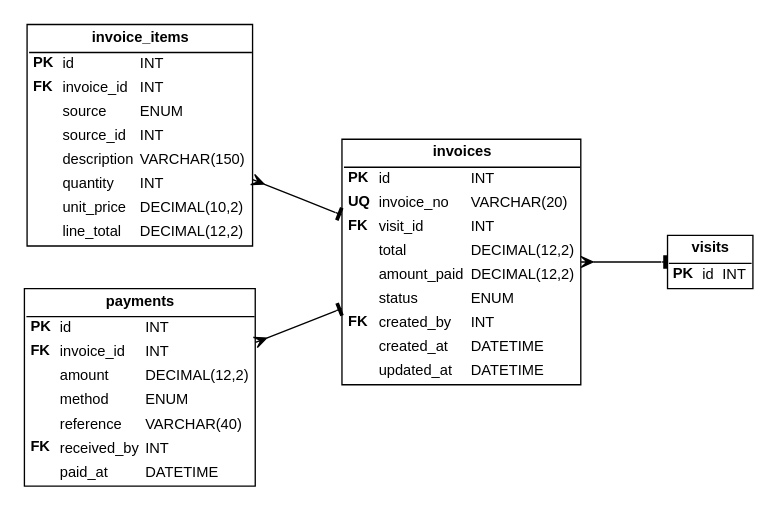
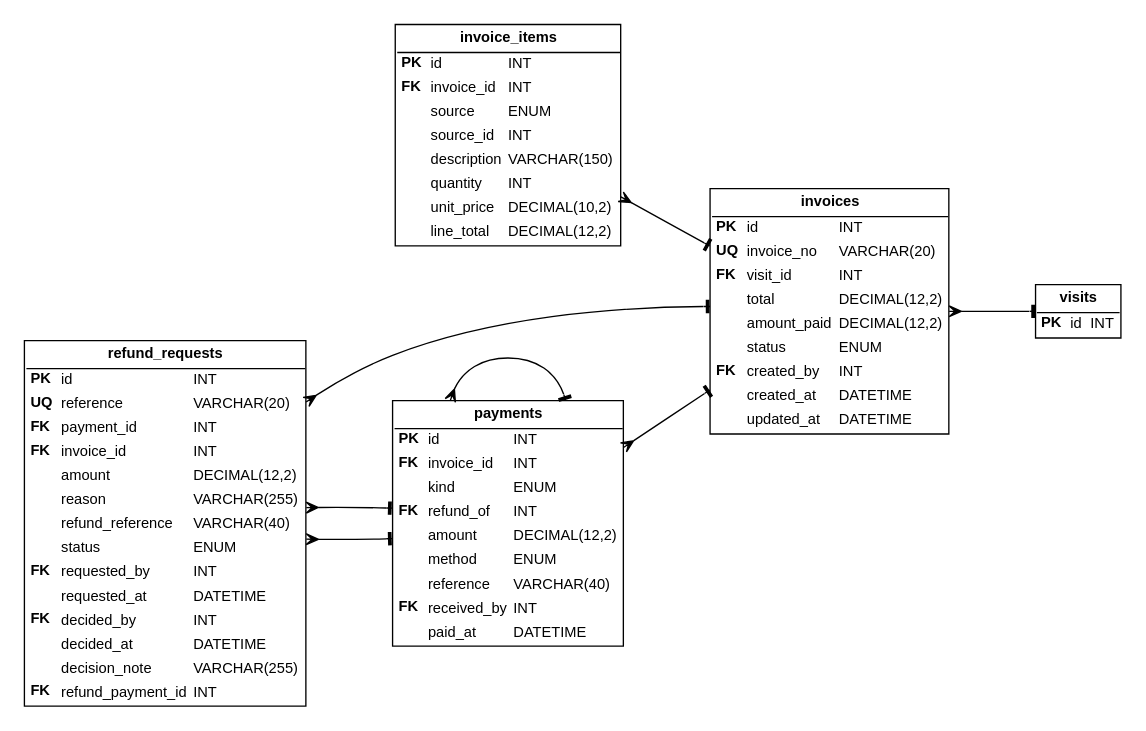
Before and after one commit to WAIYAH/ub-hms: the diagram in docs/build/diagrams_src/erd_m5.dot, drawn with Graphviz. The commit also changed 165 other files, not shown here.

```diff
--- a/docs/build/diagrams_src/erd_m5.dot
+++ b/docs/build/diagrams_src/erd_m5.dot
@@ -1,13 +1,18 @@
 digraph erd_m5 {
   graph [fontname="Arial", fontsize=12, bgcolor="white", pad="0.15"];
   node  [fontname="Arial", fontsize=11, color="black", fontcolor="black"];
   edge  [fontname="Arial", fontsize=10, color="black", fontcolor="black", arrowsize=0.9];
   rankdir=LR; nodesep=0.45; ranksep=0.9;
   invoices [shape=none, margin=0, label=<<TABLE BORDER="1" CELLBORDER="0" CELLSPACING="0" CELLPADDING="3"><TR><TD COLSPAN="3" SIDES="B" BORDER="1" ALIGN="CENTER"><B>invoices</B></TD></TR><TR><TD ALIGN="LEFT"><B>PK</B></TD><TD ALIGN="LEFT">id</TD><TD ALIGN="LEFT">INT</TD></TR><TR><TD ALIGN="LEFT"><B>UQ</B></TD><TD ALIGN="LEFT">invoice_no</TD><TD ALIGN="LEFT">VARCHAR(20)</TD></TR><TR><TD ALIGN="LEFT"><B>FK</B></TD><TD ALIGN="LEFT">visit_id</TD><TD ALIGN="LEFT">INT</TD></TR><TR><TD ALIGN="LEFT">&nbsp;</TD><TD ALIGN="LEFT">total</TD><TD ALIGN="LEFT">DECIMAL(12,2)</TD></TR><TR><TD ALIGN="LEFT">&nbsp;</TD><TD ALIGN="LEFT">amount_paid</TD><TD ALIGN="LEFT">DECIMAL(12,2)</TD></TR><TR><TD ALIGN="LEFT">&nbsp;</TD><TD ALIGN="LEFT">status</TD><TD ALIGN="LEFT">ENUM</TD></TR><TR><TD ALIGN="LEFT"><B>FK</B></TD><TD ALIGN="LEFT">created_by</TD><TD ALIGN="LEFT">INT</TD></TR><TR><TD ALIGN="LEFT">&nbsp;</TD><TD ALIGN="LEFT">created_at</TD><TD ALIGN="LEFT">DATETIME</TD></TR><TR><TD ALIGN="LEFT">&nbsp;</TD><TD ALIGN="LEFT">updated_at</TD><TD ALIGN="LEFT">DATETIME</TD></TR></TABLE>>];
   invoice_items [shape=none, margin=0, label=<<TABLE BORDER="1" CELLBORDER="0" CELLSPACING="0" CELLPADDING="3"><TR><TD COLSPAN="3" SIDES="B" BORDER="1" ALIGN="CENTER"><B>invoice_items</B></TD></TR><TR><TD ALIGN="LEFT"><B>PK</B></TD><TD ALIGN="LEFT">id</TD><TD ALIGN="LEFT">INT</TD></TR><TR><TD ALIGN="LEFT"><B>FK</B></TD><TD ALIGN="LEFT">invoice_id</TD><TD ALIGN="LEFT">INT</TD></TR><TR><TD ALIGN="LEFT">&nbsp;</TD><TD ALIGN="LEFT">source</TD><TD ALIGN="LEFT">ENUM</TD></TR><TR><TD ALIGN="LEFT">&nbsp;</TD><TD ALIGN="LEFT">source_id</TD><TD ALIGN="LEFT">INT</TD></TR><TR><TD ALIGN="LEFT">&nbsp;</TD><TD ALIGN="LEFT">description</TD><TD ALIGN="LEFT">VARCHAR(150)</TD></TR><TR><TD ALIGN="LEFT">&nbsp;</TD><TD ALIGN="LEFT">quantity</TD><TD ALIGN="LEFT">INT</TD></TR><TR><TD ALIGN="LEFT">&nbsp;</TD><TD ALIGN="LEFT">unit_price</TD><TD ALIGN="LEFT">DECIMAL(10,2)</TD></TR><TR><TD ALIGN="LEFT">&nbsp;</TD><TD ALIGN="LEFT">line_total</TD><TD ALIGN="LEFT">DECIMAL(12,2)</TD></TR></TABLE>>];
-  payments [shape=none, margin=0, label=<<TABLE BORDER="1" CELLBORDER="0" CELLSPACING="0" CELLPADDING="3"><TR><TD COLSPAN="3" SIDES="B" BORDER="1" ALIGN="CENTER"><B>payments</B></TD></TR><TR><TD ALIGN="LEFT"><B>PK</B></TD><TD ALIGN="LEFT">id</TD><TD ALIGN="LEFT">INT</TD></TR><TR><TD ALIGN="LEFT"><B>FK</B></TD><TD ALIGN="LEFT">invoice_id</TD><TD ALIGN="LEFT">INT</TD></TR><TR><TD ALIGN="LEFT">&nbsp;</TD><TD ALIGN="LEFT">amount</TD><TD ALIGN="LEFT">DECIMAL(12,2)</TD></TR><TR><TD ALIGN="LEFT">&nbsp;</TD><TD ALIGN="LEFT">method</TD><TD ALIGN="LEFT">ENUM</TD></TR><TR><TD ALIGN="LEFT">&nbsp;</TD><TD ALIGN="LEFT">reference</TD><TD ALIGN="LEFT">VARCHAR(40)</TD></TR><TR><TD ALIGN="LEFT"><B>FK</B></TD><TD ALIGN="LEFT">received_by</TD><TD ALIGN="LEFT">INT</TD></TR><TR><TD ALIGN="LEFT">&nbsp;</TD><TD ALIGN="LEFT">paid_at</TD><TD ALIGN="LEFT">DATETIME</TD></TR></TABLE>>];
+  payments [shape=none, margin=0, label=<<TABLE BORDER="1" CELLBORDER="0" CELLSPACING="0" CELLPADDING="3"><TR><TD COLSPAN="3" SIDES="B" BORDER="1" ALIGN="CENTER"><B>payments</B></TD></TR><TR><TD ALIGN="LEFT"><B>PK</B></TD><TD ALIGN="LEFT">id</TD><TD ALIGN="LEFT">INT</TD></TR><TR><TD ALIGN="LEFT"><B>FK</B></TD><TD ALIGN="LEFT">invoice_id</TD><TD ALIGN="LEFT">INT</TD></TR><TR><TD ALIGN="LEFT">&nbsp;</TD><TD ALIGN="LEFT">kind</TD><TD ALIGN="LEFT">ENUM</TD></TR><TR><TD ALIGN="LEFT"><B>FK</B></TD><TD ALIGN="LEFT">refund_of</TD><TD ALIGN="LEFT">INT</TD></TR><TR><TD ALIGN="LEFT">&nbsp;</TD><TD ALIGN="LEFT">amount</TD><TD ALIGN="LEFT">DECIMAL(12,2)</TD></TR><TR><TD ALIGN="LEFT">&nbsp;</TD><TD ALIGN="LEFT">method</TD><TD ALIGN="LEFT">ENUM</TD></TR><TR><TD ALIGN="LEFT">&nbsp;</TD><TD ALIGN="LEFT">reference</TD><TD ALIGN="LEFT">VARCHAR(40)</TD></TR><TR><TD ALIGN="LEFT"><B>FK</B></TD><TD ALIGN="LEFT">received_by</TD><TD ALIGN="LEFT">INT</TD></TR><TR><TD ALIGN="LEFT">&nbsp;</TD><TD ALIGN="LEFT">paid_at</TD><TD ALIGN="LEFT">DATETIME</TD></TR></TABLE>>];
+  refund_requests [shape=none, margin=0, label=<<TABLE BORDER="1" CELLBORDER="0" CELLSPACING="0" CELLPADDING="3"><TR><TD COLSPAN="3" SIDES="B" BORDER="1" ALIGN="CENTER"><B>refund_requests</B></TD></TR><TR><TD ALIGN="LEFT"><B>PK</B></TD><TD ALIGN="LEFT">id</TD><TD ALIGN="LEFT">INT</TD></TR><TR><TD ALIGN="LEFT"><B>UQ</B></TD><TD ALIGN="LEFT">reference</TD><TD ALIGN="LEFT">VARCHAR(20)</TD></TR><TR><TD ALIGN="LEFT"><B>FK</B></TD><TD ALIGN="LEFT">payment_id</TD><TD ALIGN="LEFT">INT</TD></TR><TR><TD ALIGN="LEFT"><B>FK</B></TD><TD ALIGN="LEFT">invoice_id</TD><TD ALIGN="LEFT">INT</TD></TR><TR><TD ALIGN="LEFT">&nbsp;</TD><TD ALIGN="LEFT">amount</TD><TD ALIGN="LEFT">DECIMAL(12,2)</TD></TR><TR><TD ALIGN="LEFT">&nbsp;</TD><TD ALIGN="LEFT">reason</TD><TD ALIGN="LEFT">VARCHAR(255)</TD></TR><TR><TD ALIGN="LEFT">&nbsp;</TD><TD ALIGN="LEFT">refund_reference</TD><TD ALIGN="LEFT">VARCHAR(40)</TD></TR><TR><TD ALIGN="LEFT">&nbsp;</TD><TD ALIGN="LEFT">status</TD><TD ALIGN="LEFT">ENUM</TD></TR><TR><TD ALIGN="LEFT"><B>FK</B></TD><TD ALIGN="LEFT">requested_by</TD><TD ALIGN="LEFT">INT</TD></TR><TR><TD ALIGN="LEFT">&nbsp;</TD><TD ALIGN="LEFT">requested_at</TD><TD ALIGN="LEFT">DATETIME</TD></TR><TR><TD ALIGN="LEFT"><B>FK</B></TD><TD ALIGN="LEFT">decided_by</TD><TD ALIGN="LEFT">INT</TD></TR><TR><TD ALIGN="LEFT">&nbsp;</TD><TD ALIGN="LEFT">decided_at</TD><TD ALIGN="LEFT">DATETIME</TD></TR><TR><TD ALIGN="LEFT">&nbsp;</TD><TD ALIGN="LEFT">decision_note</TD><TD ALIGN="LEFT">VARCHAR(255)</TD></TR><TR><TD ALIGN="LEFT"><B>FK</B></TD><TD ALIGN="LEFT">refund_payment_id</TD><TD ALIGN="LEFT">INT</TD></TR></TABLE>>];
   visits [shape=none, margin=0, label=<<TABLE BORDER="1" CELLBORDER="0" CELLSPACING="0" CELLPADDING="3"><TR><TD COLSPAN="3" SIDES="B" BORDER="1" ALIGN="CENTER"><B>visits</B></TD></TR><TR><TD ALIGN="LEFT"><B>PK</B></TD><TD ALIGN="LEFT">id</TD><TD ALIGN="LEFT">INT</TD></TR></TABLE>>];
   invoices -> visits [arrowtail=crow, arrowhead=tee, dir=both];
   invoice_items -> invoices [arrowtail=crow, arrowhead=tee, dir=both];
   payments -> invoices [arrowtail=crow, arrowhead=tee, dir=both];
+  payments -> payments [arrowtail=crow, arrowhead=tee, dir=both];
+  refund_requests -> invoices [arrowtail=crow, arrowhead=tee, dir=both];
+  refund_requests -> payments [arrowtail=crow, arrowhead=tee, dir=both];
+  refund_requests -> payments [arrowtail=crow, arrowhead=tee, dir=both];
 }
```
